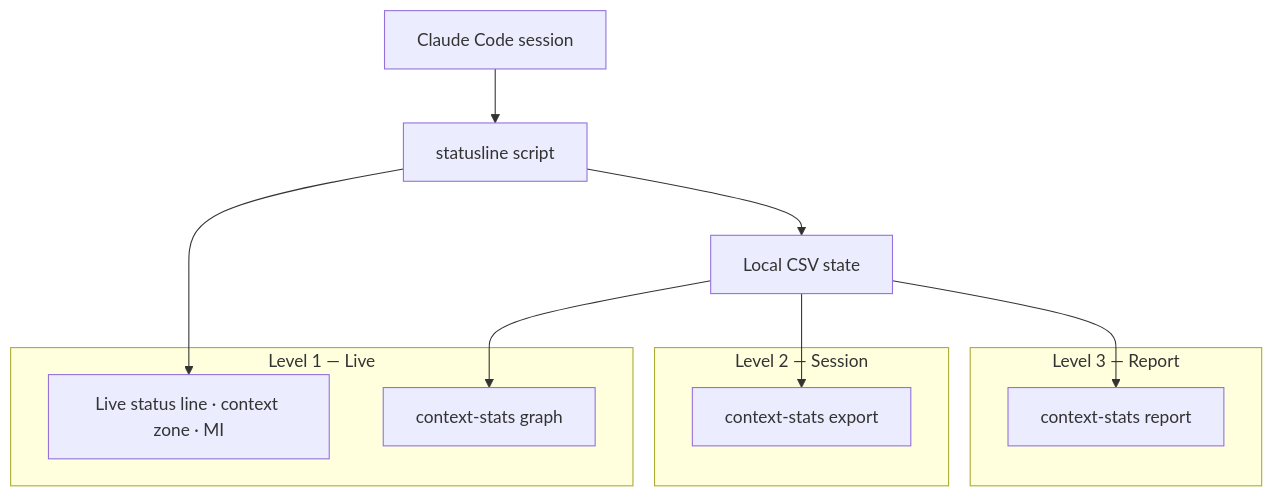
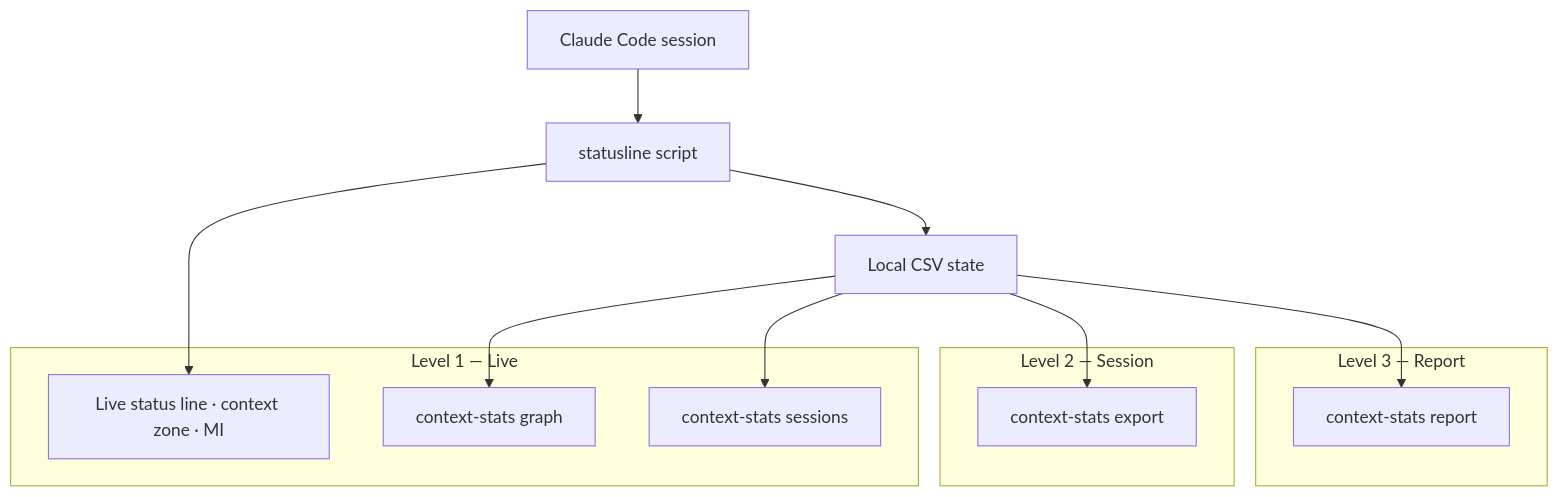
One commit to luongnv89/context-stats changed the diagram in README.md. Above: the diagram before and after it, drawn with Mermaid. The commit also changed other lines of this file and 4 other files, not shown here.

````diff
--- a/README.md
+++ b/README.md
@@ -20,23 +20,25 @@
 ```mermaid
 graph TD
     A["Claude Code session"] --> B["statusline script"]
     B --> D["Live status line · context zone · MI"]
     B --> C["Local CSV state"]
 
     C --> E["context-stats graph"]
     C --> F["context-stats export"]
     C --> G["context-stats report"]
+    C --> H["context-stats sessions"]
 
     subgraph L1["Level 1 — Live"]
         D
         E
+        H
     end
 
     subgraph L2["Level 2 — Session"]
         F
     end
 
     subgraph L3["Level 3 — Report"]
         G
     end
 ```
````
